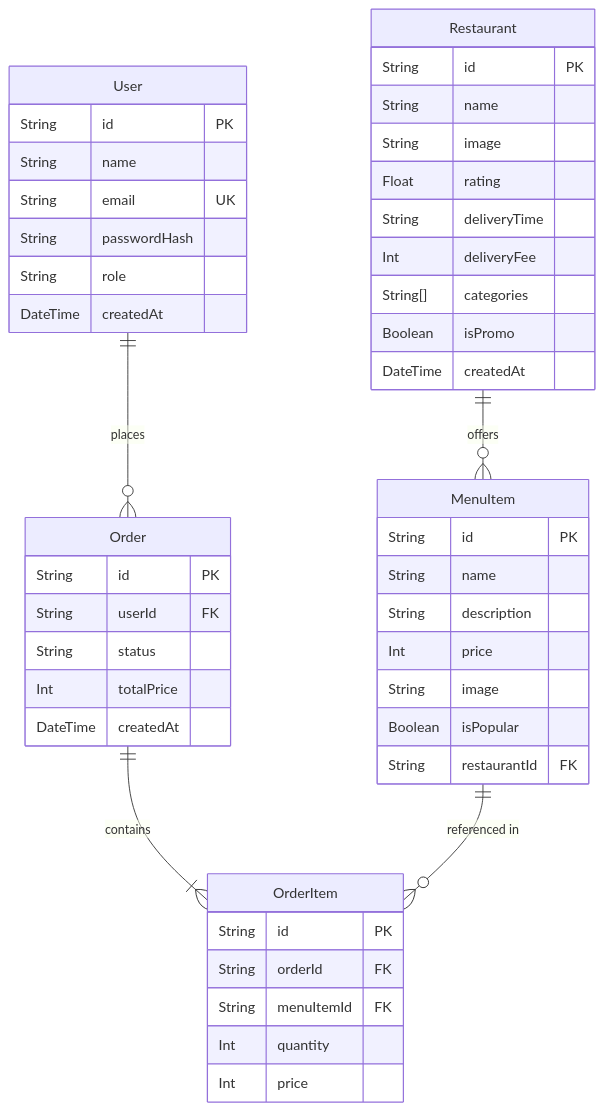
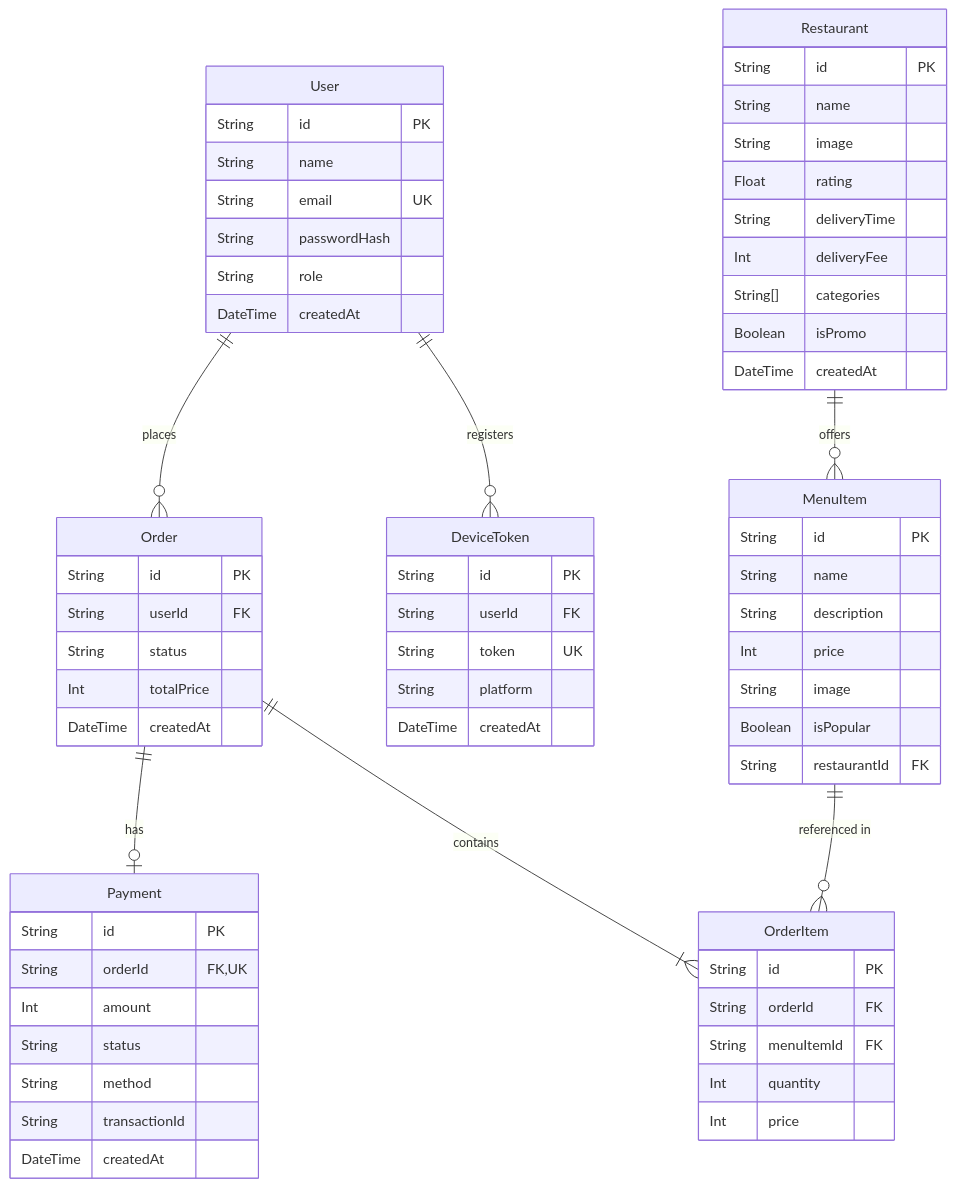
Before and after one commit to inii-man/gofood-clone-day1: the second of 2 diagrams in docs/01_ARSITEKTUR_DAN_OVERVIEW.md, drawn with Mermaid. The commit also changed other lines of this file and 34 other files, not shown here.

Commit message:
feat: implement payment processing, push notifications, device tracking, Jest unit tests, and Day 3 documentation

````diff
--- a/docs/01_ARSITEKTUR_DAN_OVERVIEW.md
+++ b/docs/01_ARSITEKTUR_DAN_OVERVIEW.md
@@ -83,54 +101,74 @@
 ```mermaid
 erDiagram
     User ||--o{ Order : places
+    User ||--o{ DeviceToken : registers
+    Order ||--o| Payment : has
     Restaurant ||--o{ MenuItem : offers
     Order ||--|{ OrderItem : contains
     MenuItem ||--o{ OrderItem : "referenced in"
 
     User {
         String id PK
         String name
         String email UK
         String passwordHash
         String role
+        DateTime createdAt
+    }
+
+    DeviceToken {
+        String id PK
+        String userId FK
+        String token UK
+        String platform
         DateTime createdAt
     }
 
     Restaurant {
         String id PK
         String name
         String image
         Float rating
         String deliveryTime
         Int deliveryFee
         String[] categories
         Boolean isPromo
         DateTime createdAt
     }
 
     MenuItem {
         String id PK
         String name
         String description
         Int price
         String image
         Boolean isPopular
         String restaurantId FK
     }
 
     Order {
         String id PK
         String userId FK
         String status
         Int totalPrice
         DateTime createdAt
     }
 
+    Payment {
+        String id PK
+        String orderId FK,UK
+        Int amount
+        String status
+        String method
+        String transactionId
+        DateTime createdAt
+    }
+
     OrderItem {
         String id PK
         String orderId FK
         String menuItemId FK
         Int quantity
         Int price
     }
 ```
````
